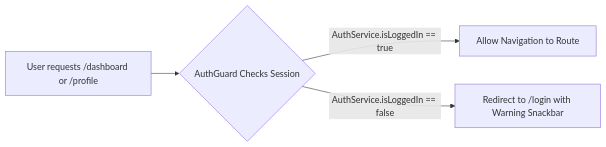
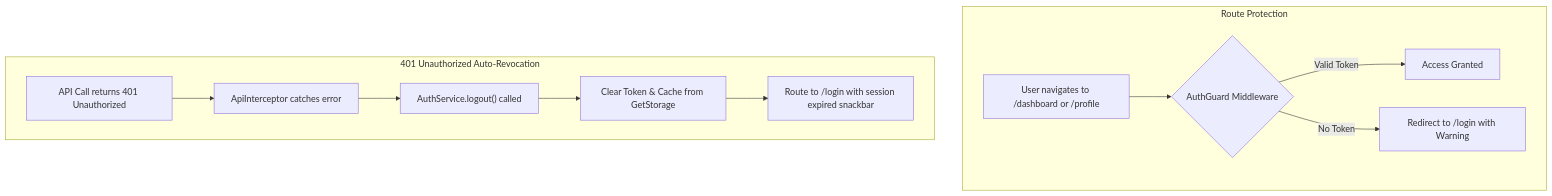
The fourth of 4 diagrams in README.md (SheikhAman/flutter-getx-mvc-boilerplate), drawn with Mermaid before and after one commit. The commit also changed other lines of this file, not shown here.

````diff
--- a/README.md
+++ b/README.md
@@ -188,6 +202,15 @@
 ```mermaid
-flowchart LR
-    TargetRoute["User requests /dashboard or /profile"] --> Guard{"AuthGuard Checks Session"}
-    Guard -- "AuthService.isLoggedIn == true" --> Allow["Allow Navigation to Route"]
-    Guard -- "AuthService.isLoggedIn == false" --> Redirect["Redirect to /login with Warning Snackbar"]
+flowchart TD
+    subgraph RouteProtection ["Route Protection"]
+        R1["User navigates to /dashboard or /profile"] --> R2{"AuthGuard Middleware"}
+        R2 -- "Valid Token" --> R3["Access Granted"]
+        R2 -- "No Token" --> R4["Redirect to /login with Warning"]
+    end
+
+    subgraph AutoRevocation ["401 Unauthorized Auto-Revocation"]
+        A1["API Call returns 401 Unauthorized"] --> A2["ApiInterceptor catches error"]
+        A2 --> A3["AuthService.logout() called"]
+        A3 --> A4["Clear Token & Cache from GetStorage"]
+        A4 --> A5["Route to /login with session expired snackbar"]
+    end
 ```
````
